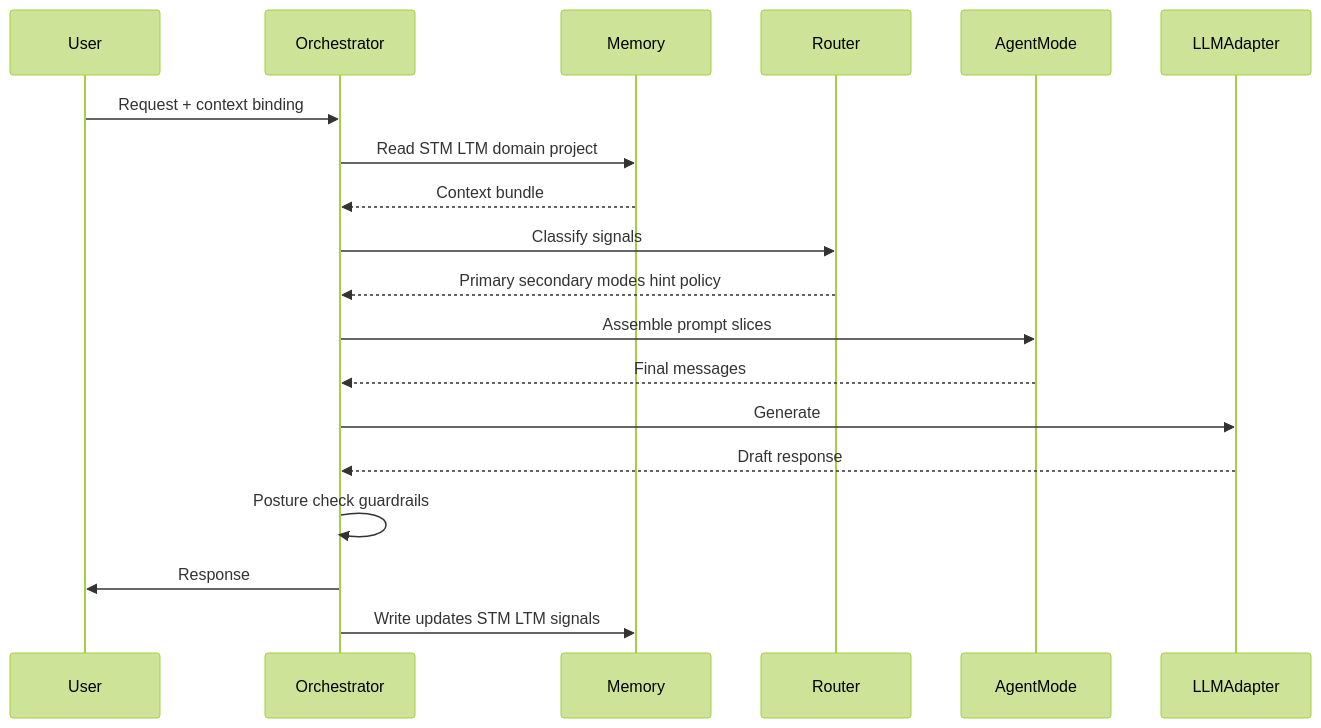
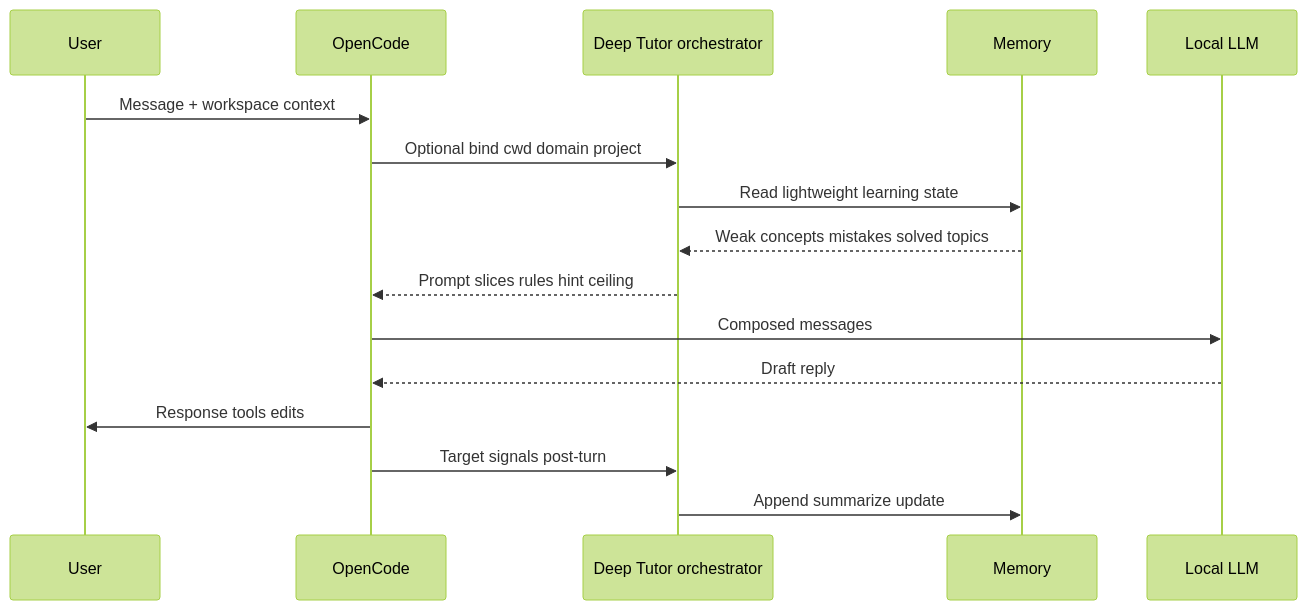
Before and after one commit to J0na555/deep-tutor: the second of 3 diagrams in docs/system-design.md, drawn with Mermaid (forest theme). The commit also changed other lines of this file and 12 other files, not shown here.

Commit message:
docs: redefine Deep Tutor architecture and workflow

````diff
--- a/docs/system-design.md
+++ b/docs/system-design.md
@@ -149,22 +203,19 @@
 ```mermaid
 sequenceDiagram
   participant User
-  participant Orch as Orchestrator
+  participant OC as OpenCode
+  participant Orch as Deep Tutor orchestrator
   participant Mem as Memory
-  participant Router as Router
-  participant Mode as AgentMode
-  participant LLM as LLMAdapter
+  participant LLM as Local LLM
 
-  User->>Orch: Request + context binding
-  Orch->>Mem: Read STM LTM domain project
-  Mem-->>Orch: Context bundle
-  Orch->>Router: Classify signals
-  Router-->>Orch: Primary secondary modes hint policy
-  Orch->>Mode: Assemble prompt slices
-  Mode-->>Orch: Final messages
-  Orch->>LLM: Generate
-  LLM-->>Orch: Draft response
-  Orch->>Orch: Posture check guardrails
-  Orch->>User: Response
-  Orch->>Mem: Write updates STM LTM signals
+  User->>OC: Message + workspace context
+  OC->>Orch: Optional bind cwd domain project
+  Orch->>Mem: Read lightweight learning state
+  Mem-->>Orch: Weak concepts mistakes solved topics
+  Orch-->>OC: Prompt slices rules hint ceiling
+  OC->>LLM: Composed messages
+  LLM-->>OC: Draft reply
+  OC->>User: Response tools edits
+  OC->>Orch: Target signals post-turn
+  Orch->>Mem: Append summarize update
 ```
````
